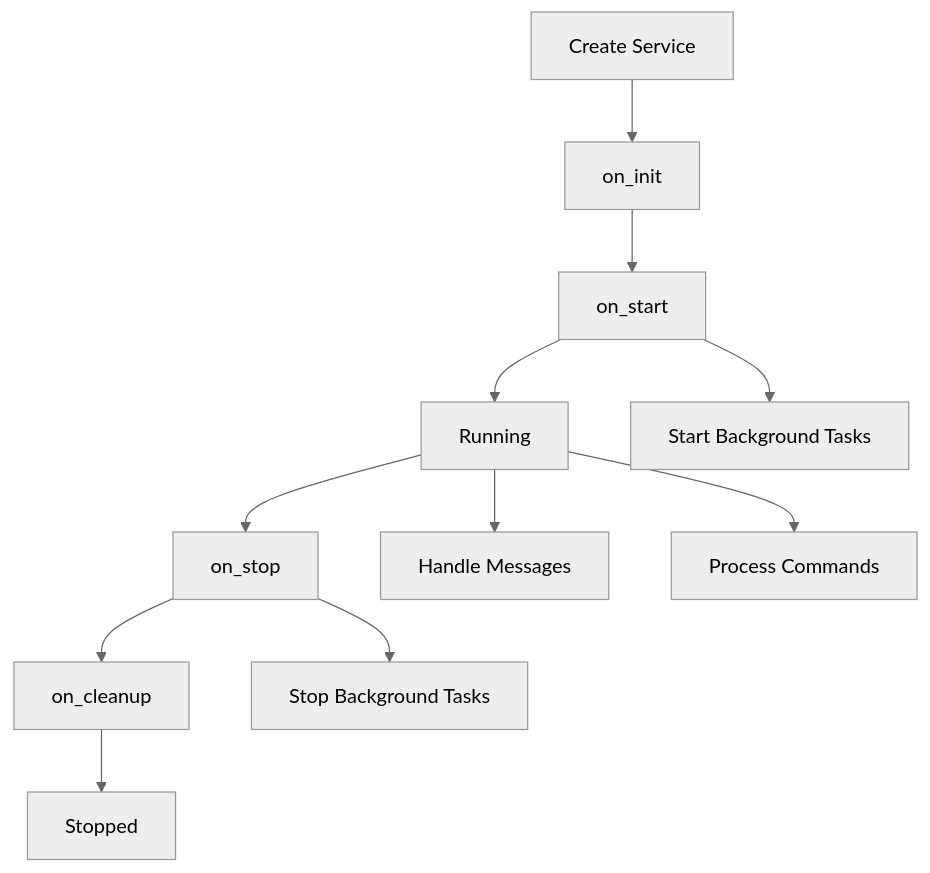
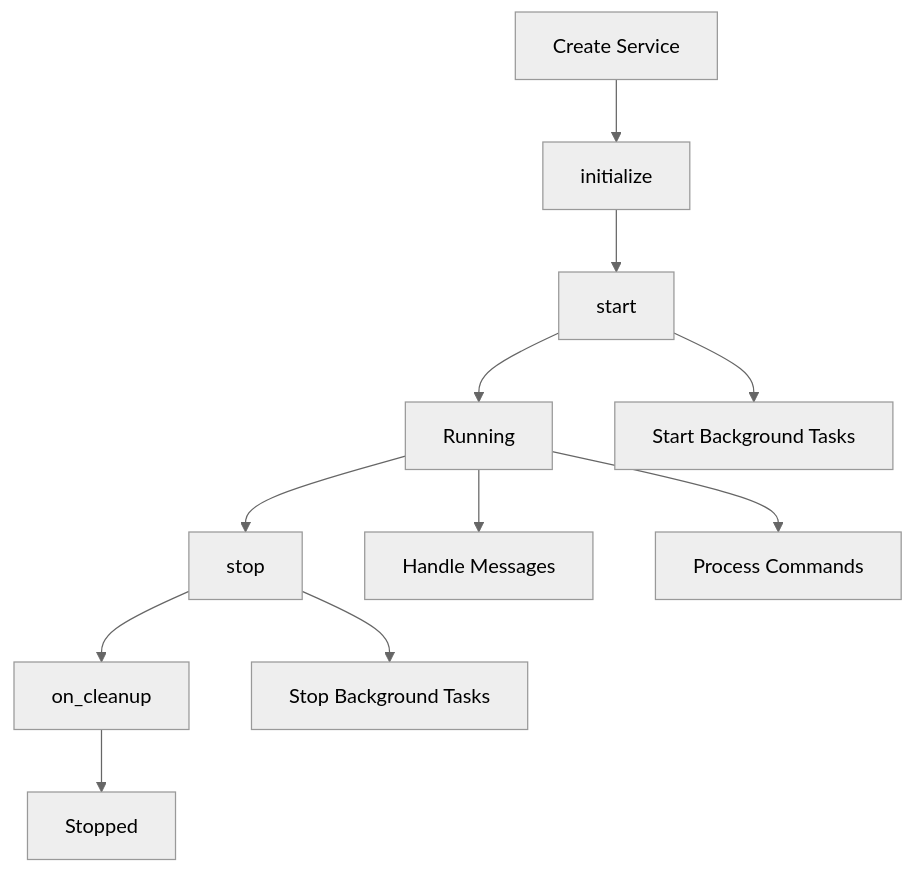
One commit to ajcasagrande/aiperf changed the diagram in aiperf/lifecycle/README.md. Above: the diagram before and after it, drawn with Mermaid (neutral theme). The commit also changed other lines of this file and 12 other files, not shown here.

Commit message:
renamed methods to initialize, start, stop

````diff
--- a/aiperf/lifecycle/README.md
+++ b/aiperf/lifecycle/README.md
@@ -140,14 +140,14 @@
 ```mermaid
 graph TD
-    A[Create Service] --> B[on_init]
-    B --> C[on_start]
+    A[Create Service] --> B[initialize]
+    B --> C[start]
     C --> D[Running]
-    D --> E[on_stop]
+    D --> E[stop]
     E --> F[on_cleanup]
     F --> G[Stopped]
 
     C --> H[Start Background Tasks]
     D --> I[Handle Messages]
     D --> J[Process Commands]
     E --> K[Stop Background Tasks]
 ```
````
